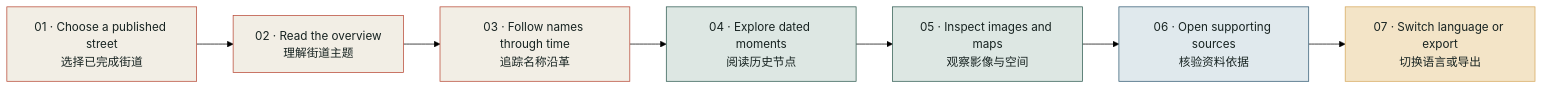
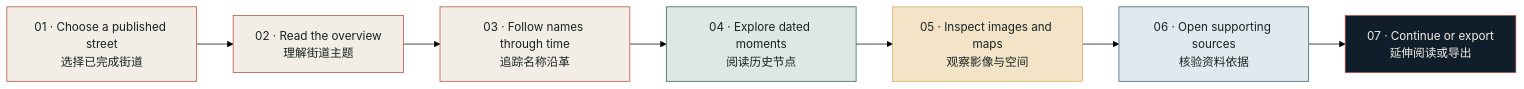
One commit to StableTradeAtlas/ContextLens changed the first of 2 diagrams in README.md. Above: the diagram before and after it, drawn with Mermaid (forest theme). The commit also changed other lines of this file and 13 other files, not shown here.

````diff
--- a/README.md
+++ b/README.md
@@ -47,17 +76,17 @@
 ```mermaid
 flowchart LR
     A["01 · Choose a published street<br/>选择已完成街道"] --> B["02 · Read the overview<br/>理解街道主题"]
     B --> C["03 · Follow names through time<br/>追踪名称沿革"]
     C --> D["04 · Explore dated moments<br/>阅读历史节点"]
     D --> E["05 · Inspect images and maps<br/>观察影像与空间"]
     E --> F["06 · Open supporting sources<br/>核验资料依据"]
-    F --> G["07 · Switch language or export<br/>切换语言或导出"]
+    F --> G["07 · Continue or export<br/>延伸阅读或导出"]
 
     style A fill:#F2EEE5,stroke:#B84835,color:#172321
     style B fill:#F2EEE5,stroke:#B84835,color:#172321
     style C fill:#F2EEE5,stroke:#B84835,color:#172321
     style D fill:#DDE7E3,stroke:#2E5A50,color:#172321
-    style E fill:#DDE7E3,stroke:#2E5A50,color:#172321
+    style E fill:#F3E4C7,stroke:#D5A75B,color:#172321
     style F fill:#E0E9ED,stroke:#315A73,color:#172321
-    style G fill:#F3E4C7,stroke:#D5A75B,color:#172321
+    style G fill:#101E2B,stroke:#B84835,color:#F2EEE5
 ```
````
